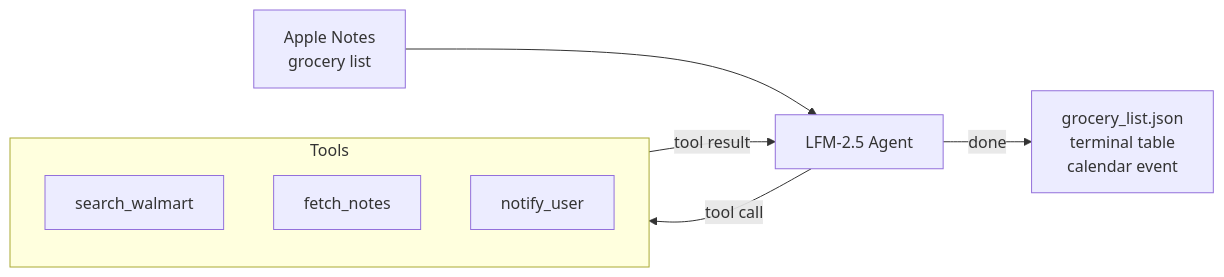
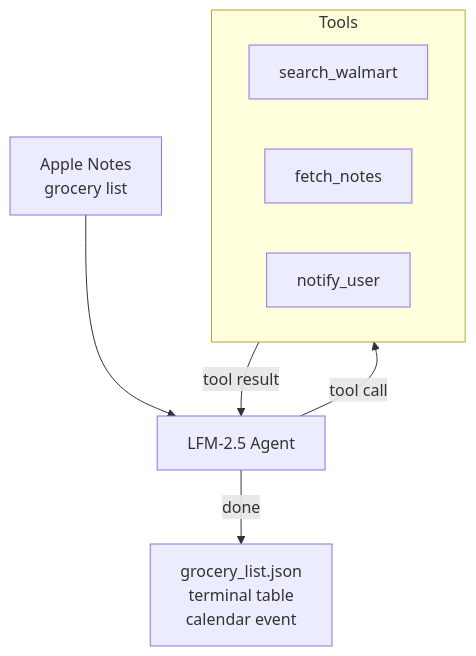
The diagram in README.md (earl562/grosme), drawn with Mermaid before and after one commit.

Commit message:
Switch flow diagram to vertical layout

````diff
--- a/README.md
+++ b/README.md
@@ -20,14 +20,14 @@
 ```mermaid
-flowchart LR
+flowchart TB
     A["Apple Notes\ngrocery list"] --> B[LFM-2.5 Agent]
     B -- tool call --> C
     C -- tool result --> B
     B -- done --> D["grocery_list.json\nterminal table\ncalendar event"]
 
     subgraph C[Tools]
-        direction TB
+        direction LR
         search_walmart
         fetch_notes
         notify_user
     end
 ```
````
